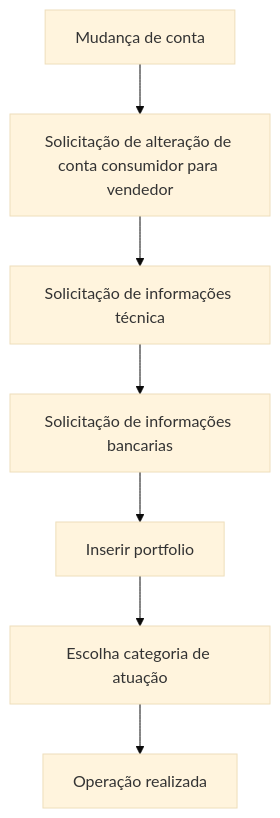
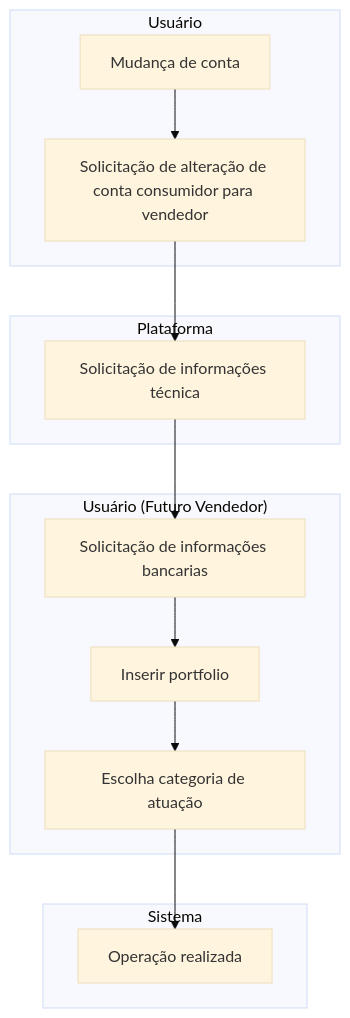
Before and after one commit to giovanni1351/EngenhariaDeSoftwareProjeto: the sixth of 7 diagrams in README.md, drawn with Mermaid (base theme). The commit also changed other lines of this file, not shown here.

````diff
--- a/README.md
+++ b/README.md
@@ -199,10 +262,20 @@
 ```mermaid
 graph TD;
-
-    A[Mudança de conta] --> B[Solicitação de alteração de conta consumidor para vendedor]
-    B --> C[Solicitação de informações técnica]
-    C --> D[Solicitação de informações bancarias]
-    D --> E[Inserir portfolio]
-    E --> F[Escolha categoria de atuação]
-    F --> G[Operação realizada]
+    subgraph Usuario["Usuário"]
+        A[Mudança de conta] --> B[Solicitação de alteração de conta consumidor para vendedor]
+    end
+    
+    subgraph Plataforma["Plataforma"]
+        B --> C[Solicitação de informações técnica]
+    end
+    
+    subgraph UsuarioVendedor["Usuário (Futuro Vendedor)"]
+        C --> D[Solicitação de informações bancarias]
+        D --> E[Inserir portfolio]
+        E --> F[Escolha categoria de atuação]
+    end
+    
+    subgraph Sistema["Sistema"]
+        F --> G[Operação realizada]
+    end
 ```
````
